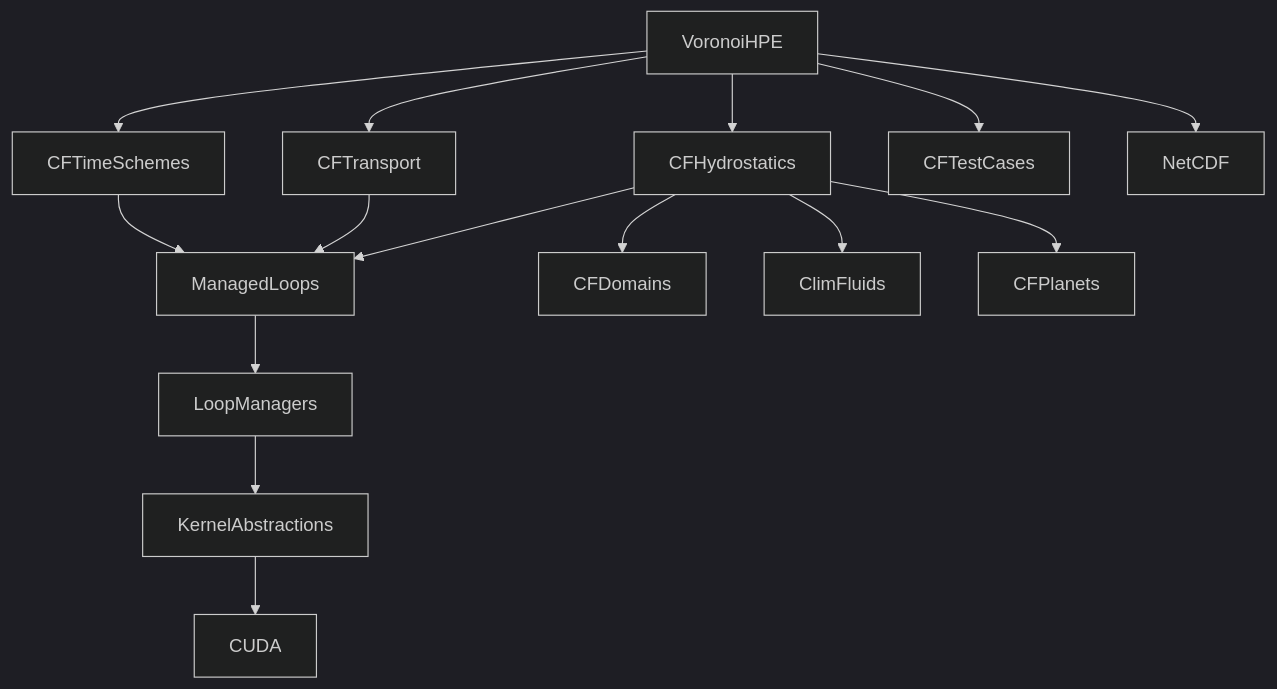
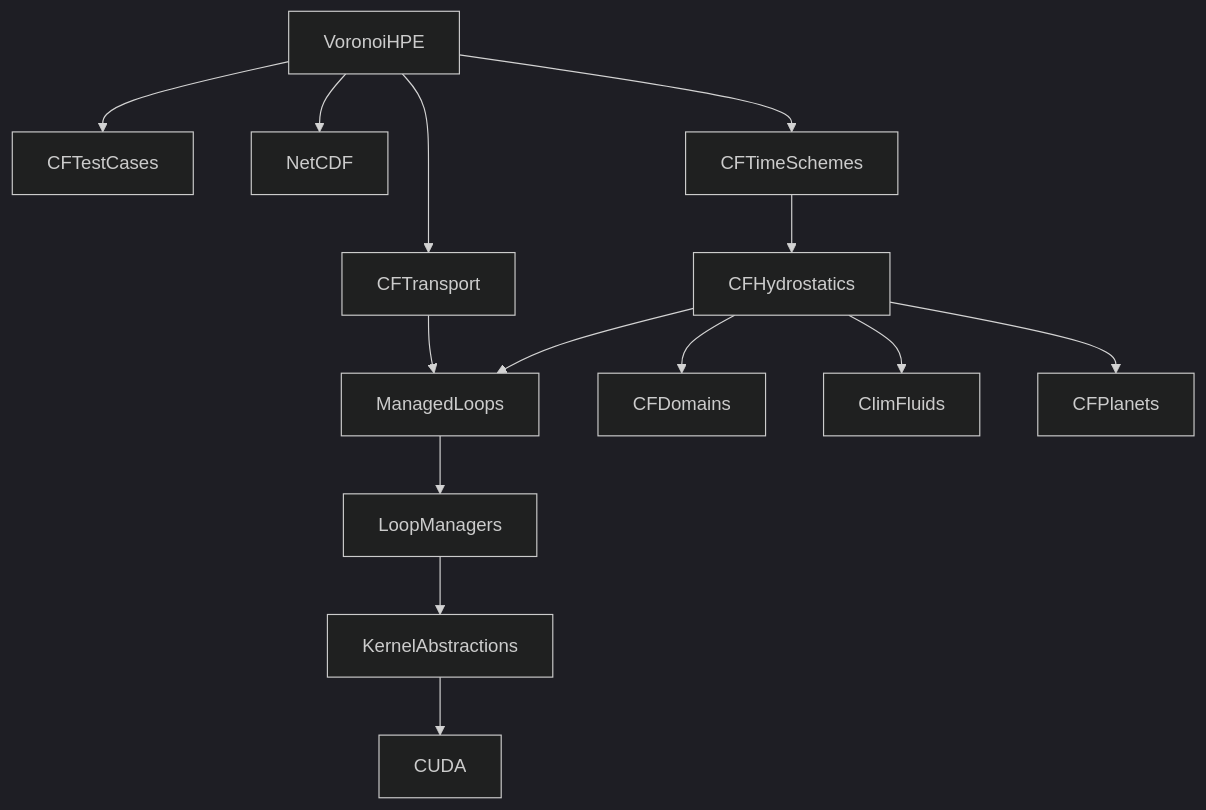
The second of 2 diagrams in profile/README.md (ClimFlows/.github), drawn with Mermaid (dark theme) before and after one commit. The commit also changed other lines of this file, not shown here.

````diff
--- a/profile/README.md
+++ b/profile/README.md
@@ -104,17 +97,16 @@
 ```mermaid
 graph TD;
+    VoronoiHPE-->CFTestCases;
+    VoronoiHPE-->NetCDF;
+    VoronoiHPE-->CFTransport;
+    CFTransport --> ManagedLoops;
+    VoronoiHPE-->CFTimeSchemes;
+    CFTimeSchemes-->CFHydrostatics;
+    CFHydrostatics-->ManagedLoops;
+    CFHydrostatics-->CFDomains;
+    CFHydrostatics-->ClimFluids;
+    CFHydrostatics-->CFPlanets;
     ManagedLoops-->LoopManagers;
     LoopManagers-->KernelAbstractions;
     KernelAbstractions-->CUDA;
-    CFHydrostatics-->ManagedLoops;
-    CFTransport --> ManagedLoops;
-    CFTimeSchemes--> ManagedLoops;
-    CFHydrostatics-->CFDomains;
-    CFHydrostatics-->ClimFluids;
-    CFHydrostatics-->CFPlanets;
-    VoronoiHPE-->CFTimeSchemes;
-    VoronoiHPE-->CFHydrostatics;
-    VoronoiHPE-->CFTransport;
-    VoronoiHPE-->CFTestCases;
-    VoronoiHPE-->NetCDF;
 ```
````
